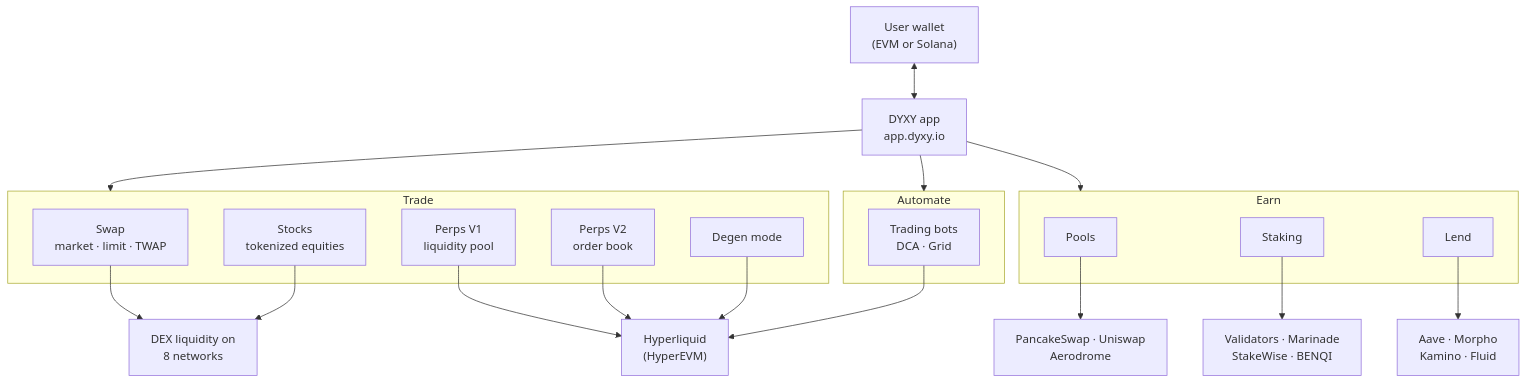
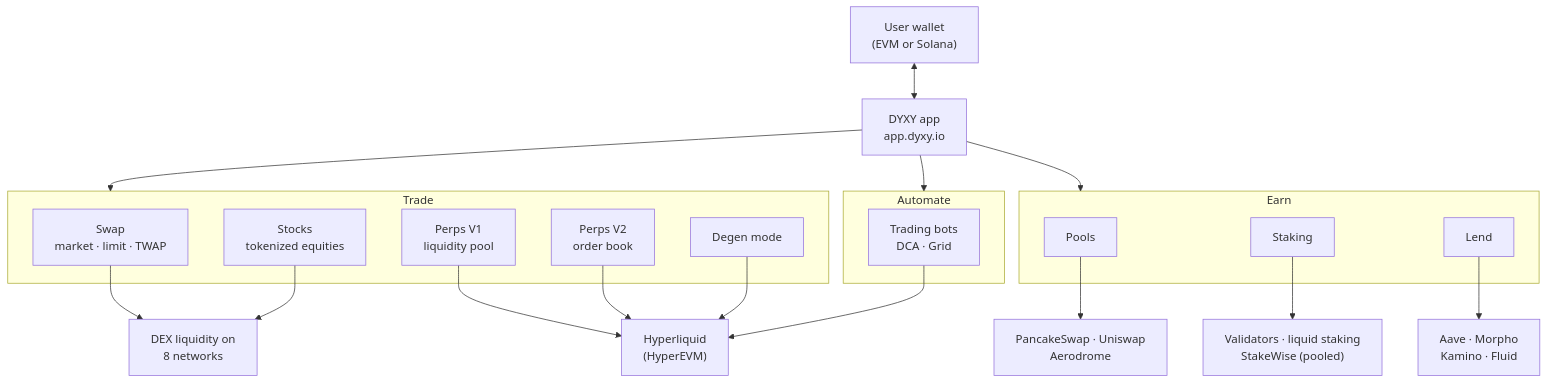
Before and after one commit to dyxy-io/architecture: the first of 3 diagrams in README.md, drawn with Mermaid. The commit also changed other lines of this file, not shown here.

First line of the commit message:
Stocks issuers, 8 networks, perpetuals wording, StakeWise only for pooled staking

````diff
--- a/README.md
+++ b/README.md
@@ -24,39 +24,39 @@
 ```mermaid
 flowchart TB
     U["User wallet<br/>(EVM or Solana)"]
     APP["DYXY app<br/>app.dyxy.io"]
 
     U <--> APP
 
     subgraph TRADE["Trade"]
         SW["Swap<br/>market · limit · TWAP"]
         ST["Stocks<br/>tokenized equities"]
         PV1["Perps V1<br/>liquidity pool"]
         PV2["Perps V2<br/>order book"]
         DG["Degen mode"]
     end
 
     subgraph AUTO["Automate"]
         BOT["Trading bots<br/>DCA · Grid"]
     end
 
     subgraph EARN["Earn"]
         PL["Pools"]
         SK["Staking"]
         LD["Lend"]
     end
 
     APP --> TRADE
     APP --> AUTO
     APP --> EARN
 
     SW --> DEX["DEX liquidity on<br/>8 networks"]
     ST --> DEX
     PV1 --> HL
     PV2 --> HL
     DG --> HL["Hyperliquid<br/>(HyperEVM)"]
     BOT --> HL
     PL --> AMM["PancakeSwap · Uniswap<br/>Aerodrome"]
-    SK --> STK["Validators · Marinade<br/>StakeWise · BENQI"]
+    SK --> STK["Validators · liquid staking<br/>StakeWise (pooled)"]
     LD --> LEND["Aave · Morpho<br/>Kamino · Fluid"]
 ```
````
